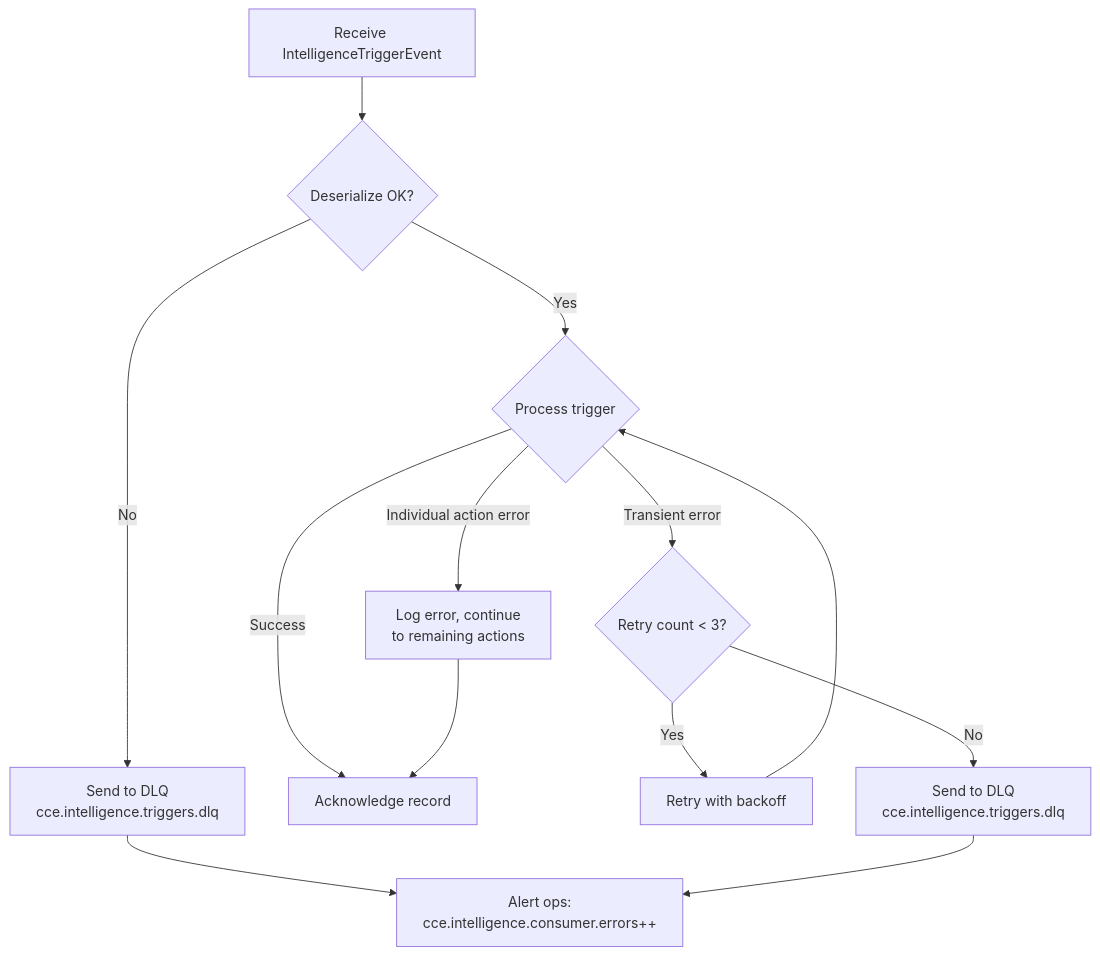
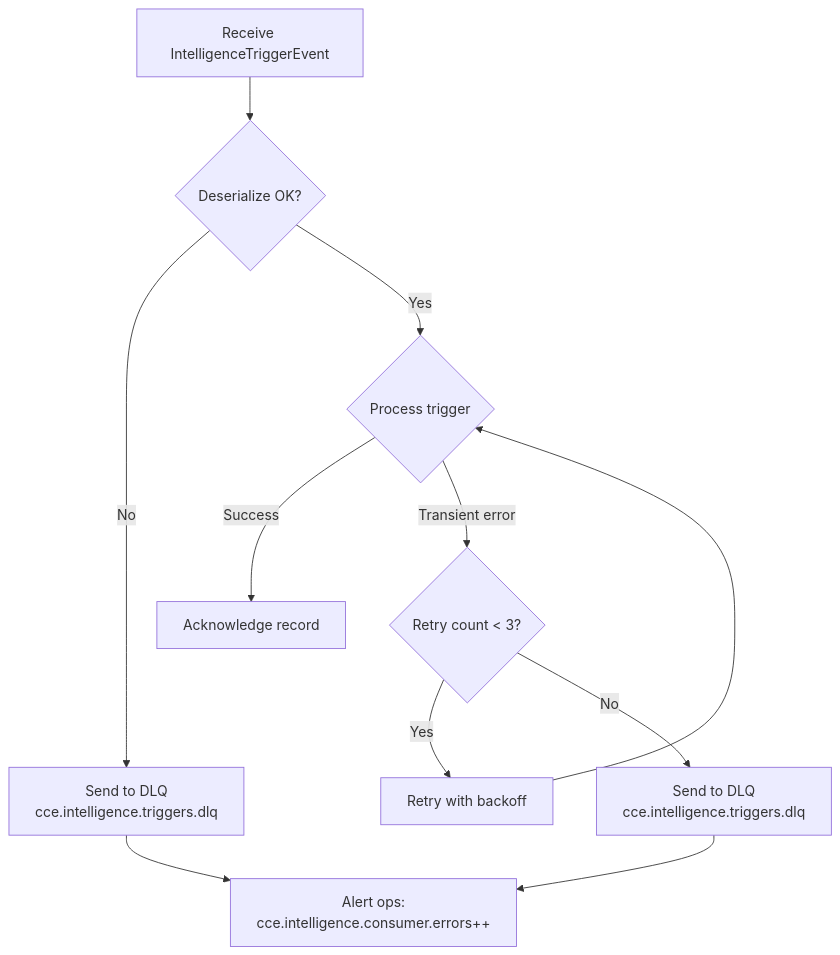
Before and after one commit to Jayaprakash8887/cce-intelligence-service: the ninth of 12 diagrams in docs/flow-diagrams.md, drawn with Mermaid. The commit also changed other lines of this file and 3 other files, not shown here.

````diff
--- a/docs/flow-diagrams.md
+++ b/docs/flow-diagrams.md
@@ -364,19 +300,16 @@
 ```mermaid
 flowchart TD
     A[Receive IntelligenceTriggerEvent] --> B{Deserialize OK?}
 
     B -->|No| C["Send to DLQ<br/>cce.intelligence.triggers.dlq"]
     B -->|Yes| D{Process trigger}
 
     D -->|Success| E[Acknowledge record]
     D -->|Transient error| F{Retry count < 3?}
     F -->|Yes| G[Retry with backoff]
     G --> D
     F -->|No| H["Send to DLQ<br/>cce.intelligence.triggers.dlq"]
 
-    D -->|Individual action error| I[Log error, continue<br/>to remaining actions]
-    I --> E
-
     C --> J[Alert ops:<br/>cce.intelligence.consumer.errors++]
     H --> J
 ```
````
